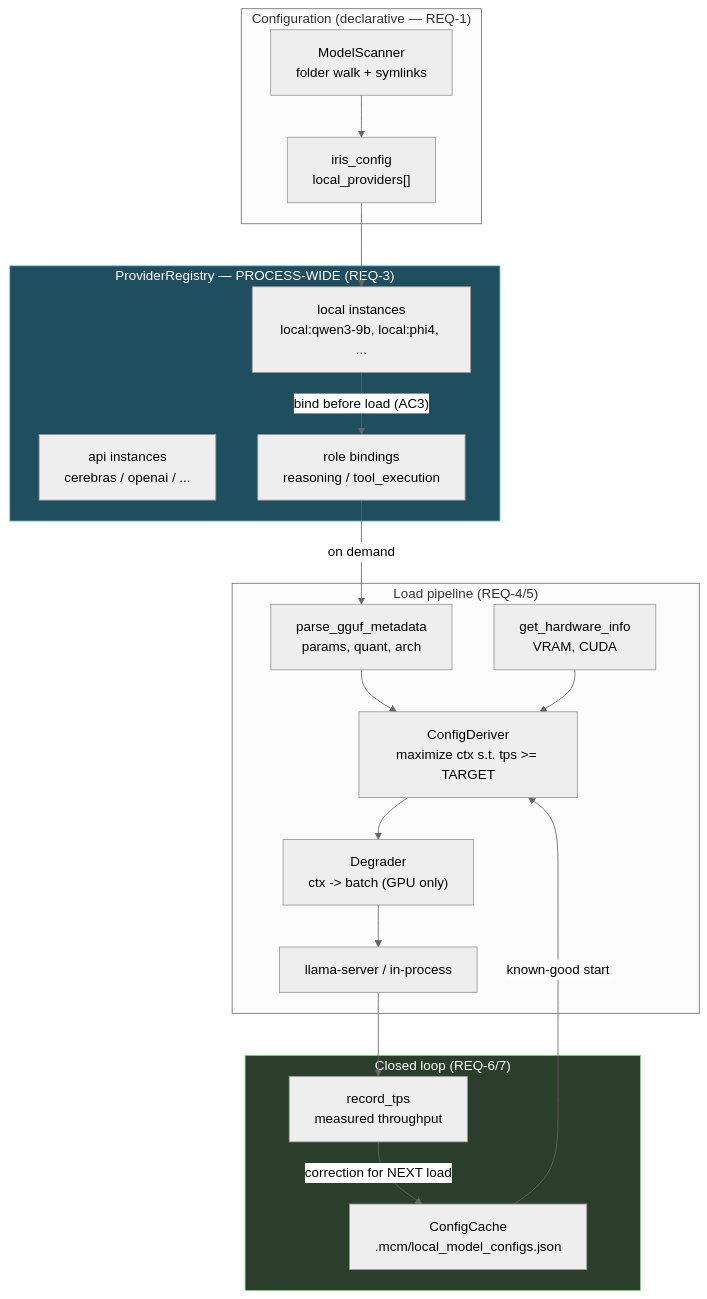
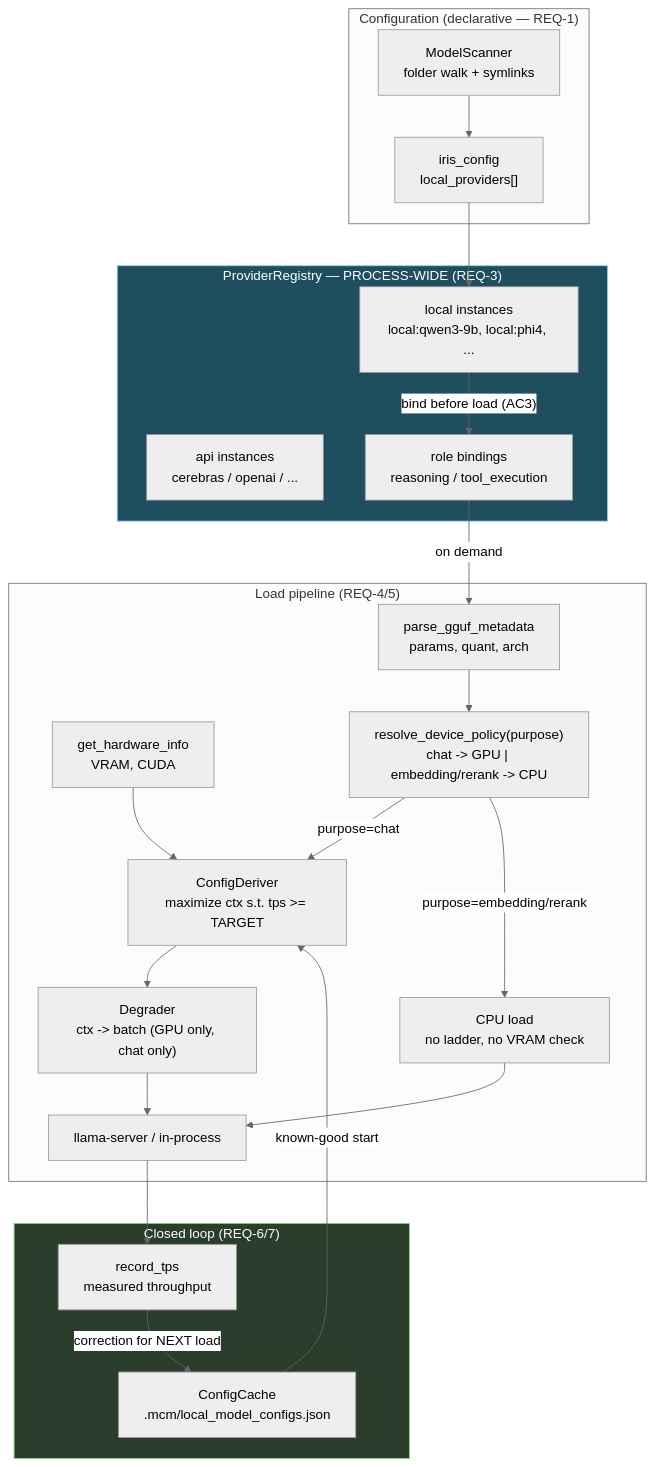
Before and after one commit to Midast0uch/IRISVOICE: the first of 2 diagrams in specs/local-model-provider-parity/design.md, drawn with Mermaid (neutral theme). The commit also changed other lines of this file and 9 other files, not shown here.

First line of the commit message:
specs: LFM2.5 encoder + ContextPill switcher, GPU policy scoped by purpose

````diff
--- a/specs/local-model-provider-parity/design.md
+++ b/specs/local-model-provider-parity/design.md
@@ -36,40 +37,45 @@
 ```mermaid
 graph TB
     subgraph CONFIG["Configuration (declarative — REQ-1)"]
         CFG["iris_config<br/>local_providers[]"]
         SCAN["ModelScanner<br/>folder walk + symlinks"]
     end
 
     subgraph REG["ProviderRegistry — PROCESS-WIDE (REQ-3)"]
         API["api instances<br/>cerebras / openai / ..."]
         LOC["local instances<br/>local:qwen3-9b, local:phi4, ..."]
         BIND["role bindings<br/>reasoning / tool_execution"]
     end
 
     subgraph LOAD["Load pipeline (REQ-4/5)"]
         META["parse_gguf_metadata<br/>params, quant, arch"]
         HW["get_hardware_info<br/>VRAM, CUDA"]
+        POLICY["resolve_device_policy(purpose)<br/>chat -> GPU | embedding/rerank -> CPU"]
         DERIVE["ConfigDeriver<br/>maximize ctx s.t. tps >= TARGET"]
-        DEGRADE["Degrader<br/>ctx -> batch (GPU only)"]
+        DEGRADE["Degrader<br/>ctx -> batch (GPU only, chat only)"]
+        CPULOAD["CPU load<br/>no ladder, no VRAM check"]
         SERVE["llama-server / in-process"]
     end
 
     subgraph LEARN["Closed loop (REQ-6/7)"]
         TPS["record_tps<br/>measured throughput"]
         CACHE["ConfigCache<br/>.mcm/local_model_configs.json"]
     end
 
     CFG --> LOC
     SCAN --> CFG
     LOC -->|"bind before load (AC3)"| BIND
     BIND -->|"on demand"| META
-    META --> DERIVE
+    META --> POLICY
+    POLICY -->|"purpose=chat"| DERIVE
+    POLICY -->|"purpose=embedding/rerank"| CPULOAD
     HW --> DERIVE
     CACHE -->|"known-good start"| DERIVE
     DERIVE --> DEGRADE --> SERVE
+    CPULOAD --> SERVE
     SERVE --> TPS
     TPS -->|"correction for NEXT load"| CACHE
 
     style REG fill:#1f4e5f,stroke:#7fd4e8,color:#fff
     style LEARN fill:#2b3d2b,stroke:#8ad48a,color:#fff
 ```
````
